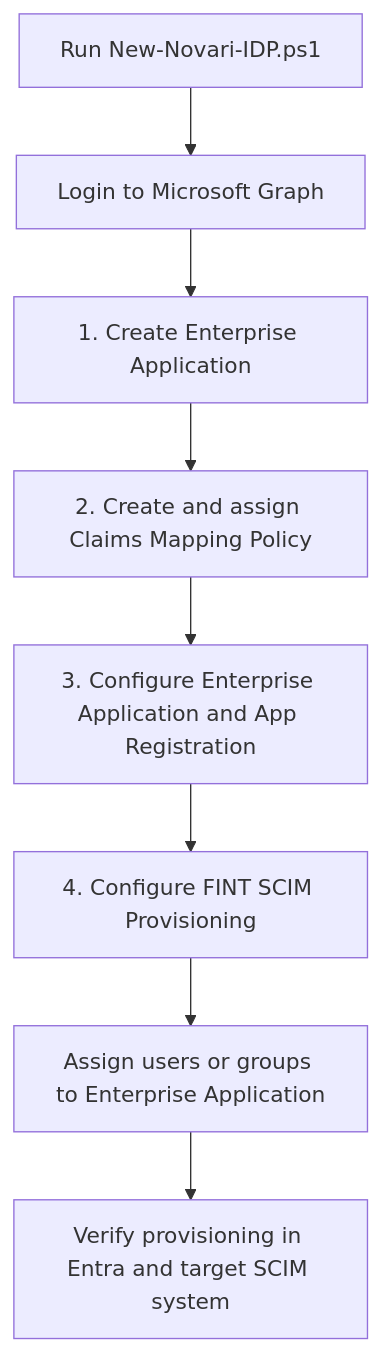
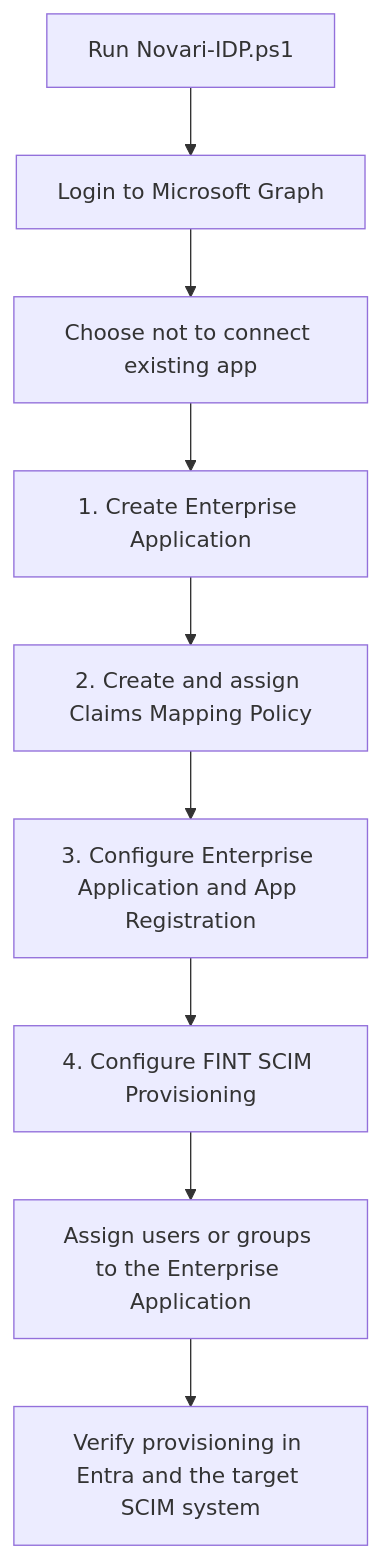
The first of 2 diagrams in powershell/fint/README.md (FINTLabs/flais-keycloak), drawn with Mermaid before and after one commit. The commit also changed other lines of this file and 4 other files, not shown here.

````diff
--- a/powershell/fint/README.md
+++ b/powershell/fint/README.md
@@ -658,10 +116,11 @@
 ```mermaid
 flowchart TD
-    A[Run New-Novari-IDP.ps1] --> B[Login to Microsoft Graph]
-    B --> C[1. Create Enterprise Application]
-    C --> D[2. Create and assign Claims Mapping Policy]
-    D --> E[3. Configure Enterprise Application and App Registration]
-    E --> F[4. Configure FINT SCIM Provisioning]
-    F --> G[Assign users or groups to Enterprise Application]
-    G --> H[Verify provisioning in Entra and target SCIM system]
+    A[Run Novari-IDP.ps1] --> B[Login to Microsoft Graph]
+    B --> C[Choose not to connect existing app]
+    C --> D[1. Create Enterprise Application]
+    D --> E[2. Create and assign Claims Mapping Policy]
+    E --> F[3. Configure Enterprise Application and App Registration]
+    F --> G[4. Configure FINT SCIM Provisioning]
+    G --> H[Assign users or groups to the Enterprise Application]
+    H --> I[Verify provisioning in Entra and the target SCIM system]
 ```
````
